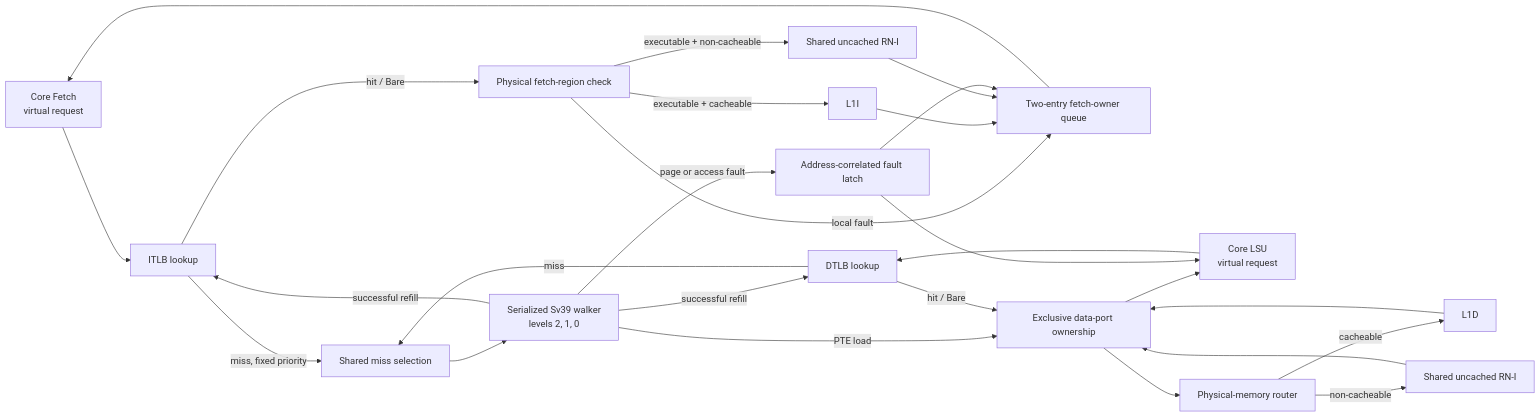
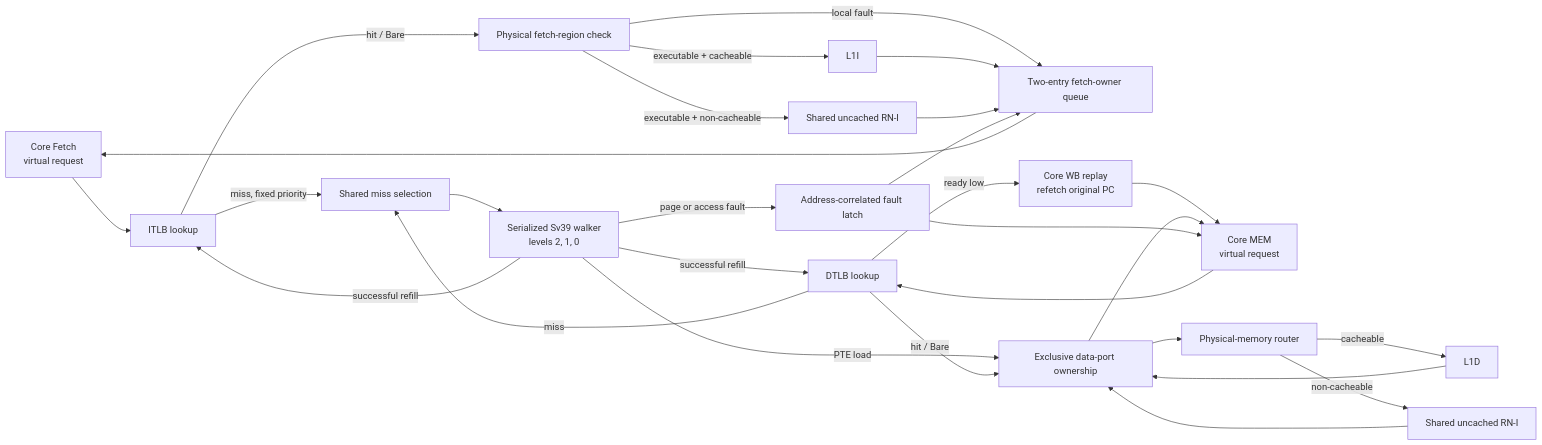
The diagram in cores/rv5stage/mmu/README.md (jerryz123/rhdl), drawn with Mermaid before and after one commit. The commit also changed other lines of this file and 13 other files, not shown here.

````diff
--- a/cores/rv5stage/mmu/README.md
+++ b/cores/rv5stage/mmu/README.md
@@ -43,32 +44,34 @@
 ```mermaid
 flowchart LR
   FETCH["Core Fetch<br/>virtual request"] --> ILOOKUP["ITLB lookup"]
-  LSU["Core LSU<br/>virtual request"] --> DLOOKUP["DTLB lookup"]
+  LSU["Core MEM<br/>virtual request"] --> DLOOKUP["DTLB lookup"]
 
   ILOOKUP -->|"hit / Bare"| ICHECK["Physical fetch-region check"]
   ICHECK -->|"executable + cacheable"| L1I["L1I"]
   ICHECK -->|"executable + non-cacheable"| UNCACHED_I["Shared uncached RN-I"]
   ICHECK -->|"local fault"| IORDER["Two-entry fetch-owner queue"]
   L1I --> IORDER
   UNCACHED_I --> IORDER
   IORDER --> FETCH
 
   ILOOKUP -->|"miss, fixed priority"| SELECT["Shared miss selection"]
   DLOOKUP -->|"miss"| SELECT
+  DLOOKUP -->|"ready low"| REPLAY["Core WB replay<br/>refetch original PC"]
+  REPLAY --> LSU
   SELECT --> PTW["Serialized Sv39 walker<br/>levels 2, 1, 0"]
   PTW -->|"successful refill"| ILOOKUP
   PTW -->|"successful refill"| DLOOKUP
   PTW -->|"PTE load"| ARB["Exclusive data-port ownership"]
 
   DLOOKUP -->|"hit / Bare"| ARB
   ARB --> ROUTER["Physical-memory router"]
   ROUTER -->|"cacheable"| L1D["L1D"]
   ROUTER -->|"non-cacheable"| DEVICE["Shared uncached RN-I"]
   L1D --> ARB
   DEVICE --> ARB
   ARB --> LSU
 
   PTW -->|"page or access fault"| FAULT["Address-correlated fault latch"]
   FAULT --> IORDER
   FAULT --> LSU
 ```
````
